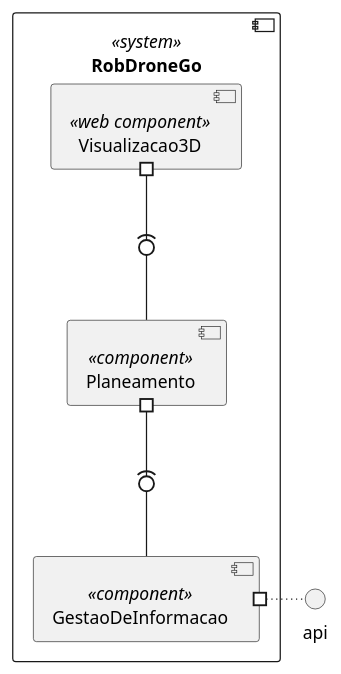
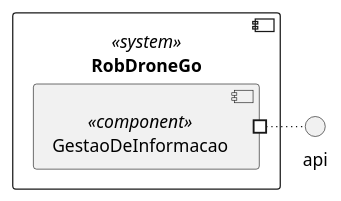
One commit to rpeir/LAPR5 changed the diagram in docs/US180/Nivel2VistaLogica.puml. Above: the diagram before and after it, drawn with PlantUML. The commit also changed 5 other files, not shown here.

```diff
--- a/docs/US180/Nivel2VistaLogica.puml
+++ b/docs/US180/Nivel2VistaLogica.puml
@@ -1,28 +1,16 @@
 @startuml
 
 
 component  RobDroneGo <<system>> {
     component GestaoDeInformacao <<component>>{
-
-    }
-
-    component Planeamento <<component>>{
-
-    }
-
-    component Visualizacao3D <<web component>>{
 
     }
     
 }
 
 
 
 GestaoDeInformacao #~ api
 
-Planeamento #--(0- GestaoDeInformacao
-
-Visualizacao3D #--(0- Planeamento
-
 
 @enduml
```
